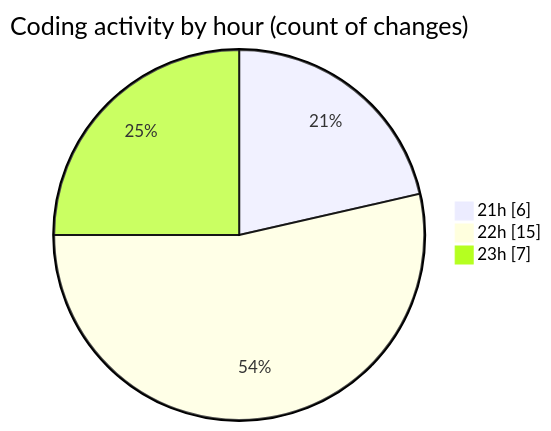
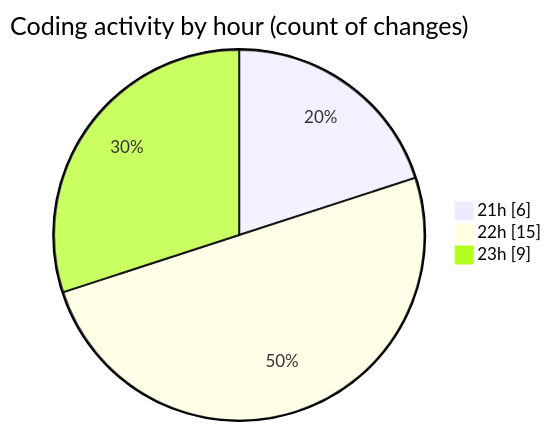
The second of 2 diagrams in 2025-07-24/cohera/README.md (JenPaints/code-tracking), drawn with Mermaid before and after one commit. The commit also changed other lines of this file and 1 other file, not shown here.

````diff
--- a/2025-07-24/cohera/README.md
+++ b/2025-07-24/cohera/README.md
@@ -40,7 +41,7 @@
 ```mermaid
 pie showData
 title Coding activity by hour (count of changes)
 "21h" : 6
 "22h" : 15
-"23h" : 7
+"23h" : 9
 ```
````
